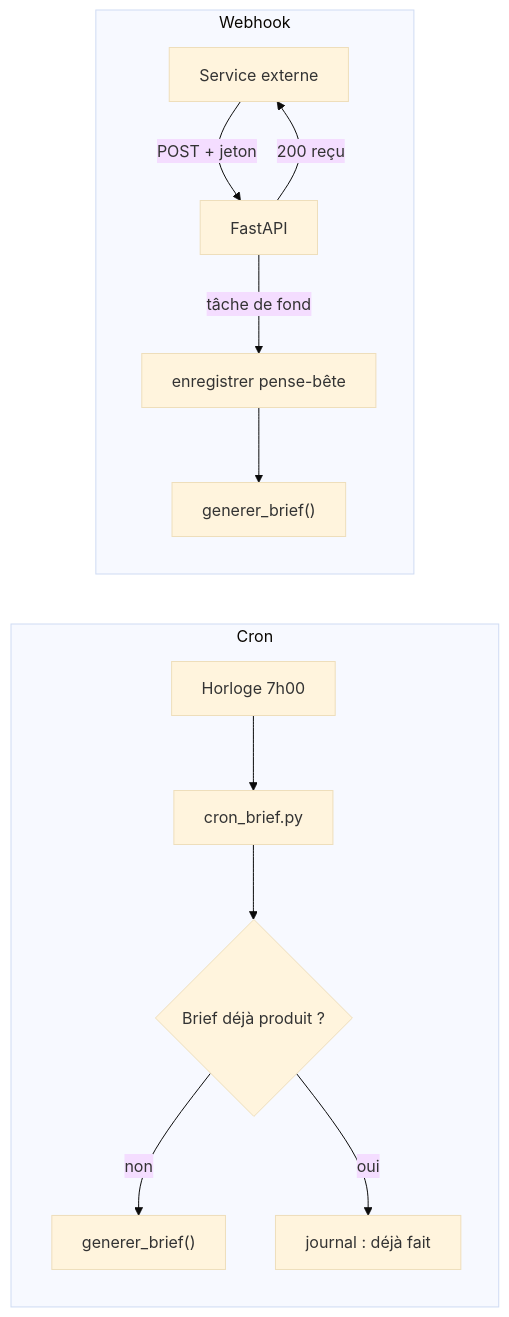
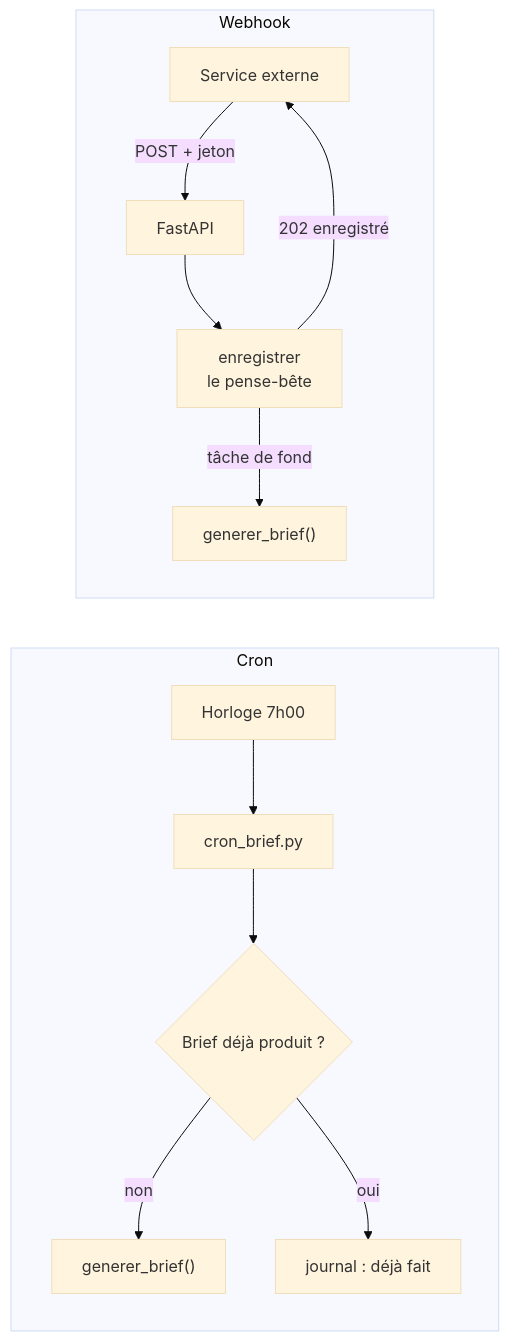
Before and after one commit to lecinquiemejour-code/goodvibe-tuto: the third of 42 diagrams in tuto-goodvibe-vibecoding.md, drawn with Mermaid (base theme). The commit also changed other lines of this file and 1 other file, not shown here.

First line of the commit message:
docs(tuto, prd): le webhook enregistre avant de répondre 202, et le statut du pense-bête se lit dans l'onglet Mémoire (T10, pas 5)

````diff
--- a/tuto-goodvibe-vibecoding.md
+++ b/tuto-goodvibe-vibecoding.md
@@ -347,12 +347,13 @@
 ```mermaid
 flowchart LR
     subgraph Cron
         H["Horloge 7h00"] --> C1["cron_brief.py"] --> C2{"Brief déjà produit ?"}
         C2 -- non --> C3["generer_brief()"]
         C2 -- oui --> C4["journal : déjà fait"]
     end
     subgraph Webhook
-        S["Service externe"] -- "POST + jeton" --> W1["FastAPI"] -- "200 reçu" --> S
-        W1 -- "tâche de fond" --> W2["enregistrer pense-bête"] --> W3["generer_brief()"]
+        S["Service externe"] -- "POST + jeton" --> W1["FastAPI"] --> W2["enregistrer<br/>le pense-bête"]
+        W2 -- "202 enregistré" --> S
+        W2 -- "tâche de fond" --> W3["generer_brief()"]
     end
 ```
````
